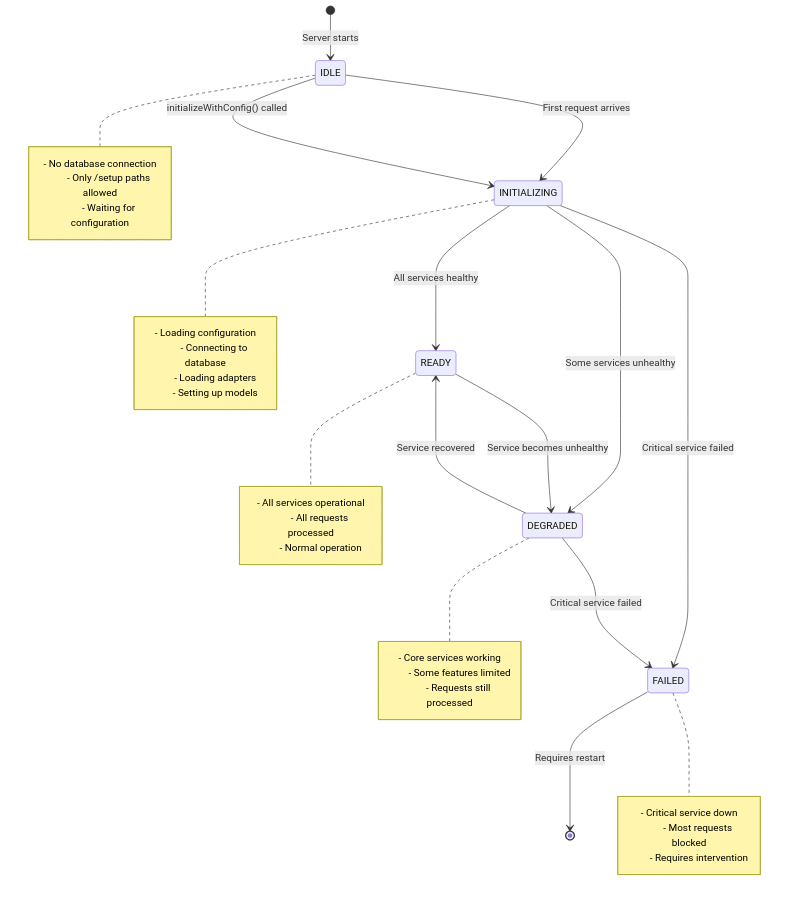
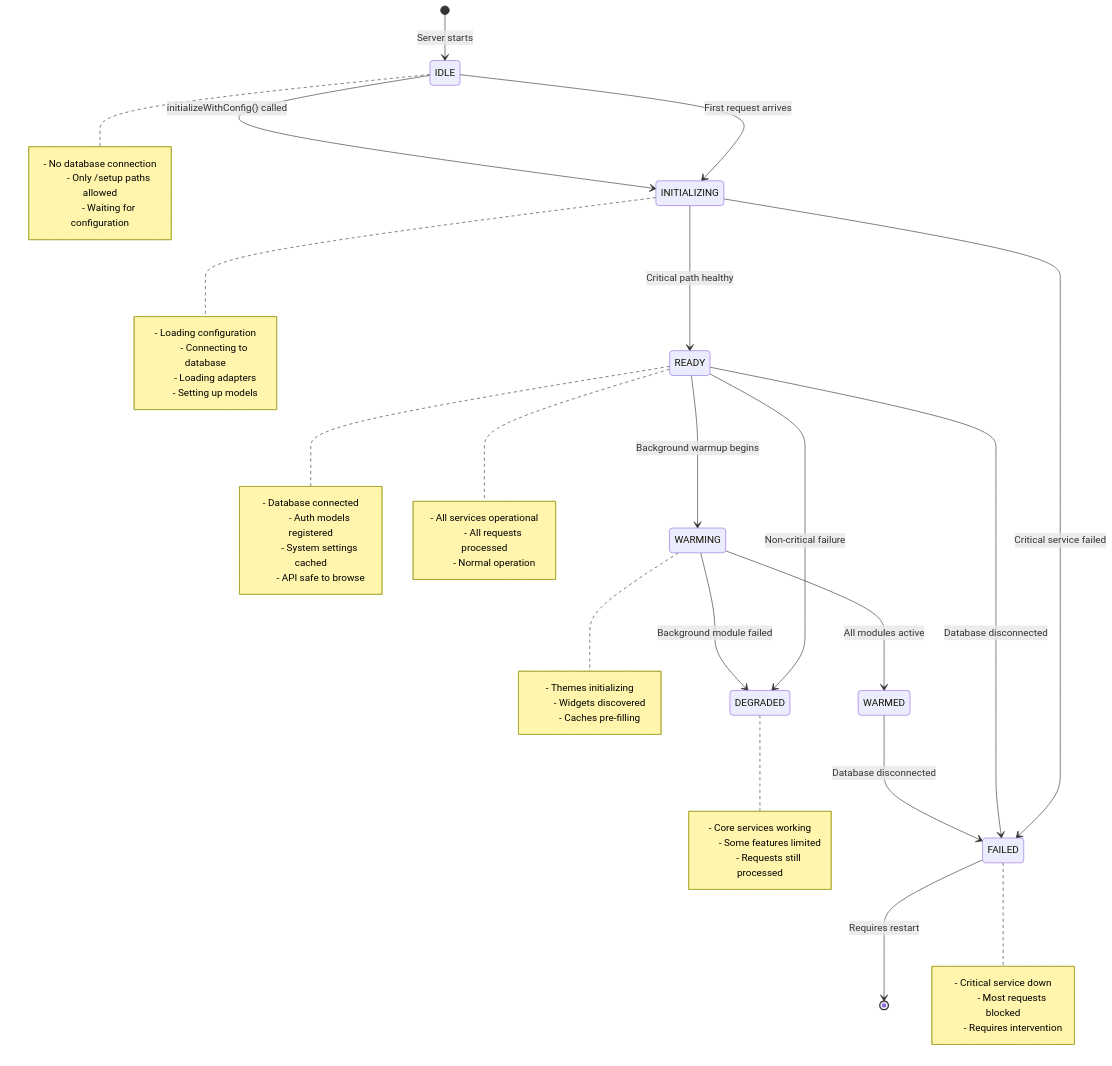
Before and after one commit to SveltyCMS/SveltyCMS: the second of 2 diagrams in docs/database/database-methods.mdx, drawn with Mermaid. The commit also changed other lines of this file and 64 other files, not shown here.

````diff
--- a/docs/database/database-methods.mdx
+++ b/docs/database/database-methods.mdx
@@ -164,48 +167,64 @@
 ```mermaid
 stateDiagram-v2
     [*] --> IDLE: Server starts
 
     IDLE --> INITIALIZING: First request arrives
     IDLE --> INITIALIZING: initializeWithConfig() called
 
-    INITIALIZING --> READY: All services healthy
-    INITIALIZING --> DEGRADED: Some services unhealthy
+    INITIALIZING --> READY: Critical path healthy
+    READY --> WARMING: Background warmup begins
+    WARMING --> WARMED: All modules active
+
+    READY --> DEGRADED: Non-critical failure
     INITIALIZING --> FAILED: Critical service failed
+    WARMING --> DEGRADED: Background module failed
 
-    READY --> DEGRADED: Service becomes unhealthy
-    DEGRADED --> READY: Service recovered
-    DEGRADED --> FAILED: Critical service failed
+    READY --> FAILED: Database disconnected
+    WARMED --> FAILED: Database disconnected
 
     FAILED --> [*]: Requires restart
+
+    note right of READY
+        - Database connected
+        - Auth models registered
+        - System settings cached
+        - API safe to browse
+    end note
+
+    note right of WARMING
+        - Themes initializing
+        - Widgets discovered
+        - Caches pre-filling
+    end note
 
     note right of IDLE
         - No database connection
         - Only /setup paths allowed
         - Waiting for configuration
     end note
 
     note right of INITIALIZING
         - Loading configuration
         - Connecting to database
         - Loading adapters
         - Setting up models
     end note
 
     note right of READY
         - All services operational
         - All requests processed
         - Normal operation
     end note
 
     note right of DEGRADED
         - Core services working
         - Some features limited
         - Requests still processed
     end note
 
     note right of FAILED
         - Critical service down
         - Most requests blocked
         - Requires intervention
     end note
 ```
````
